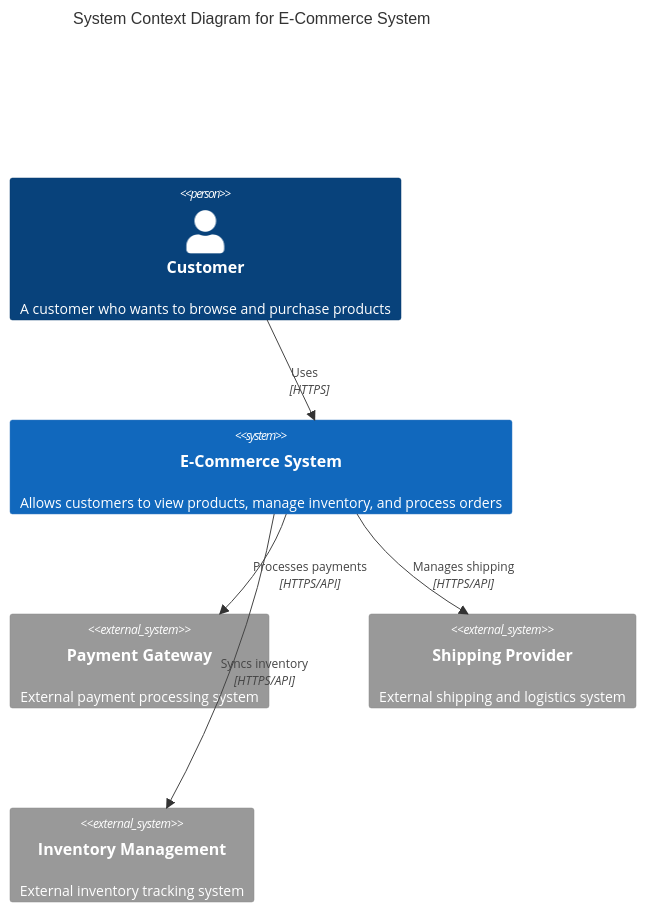
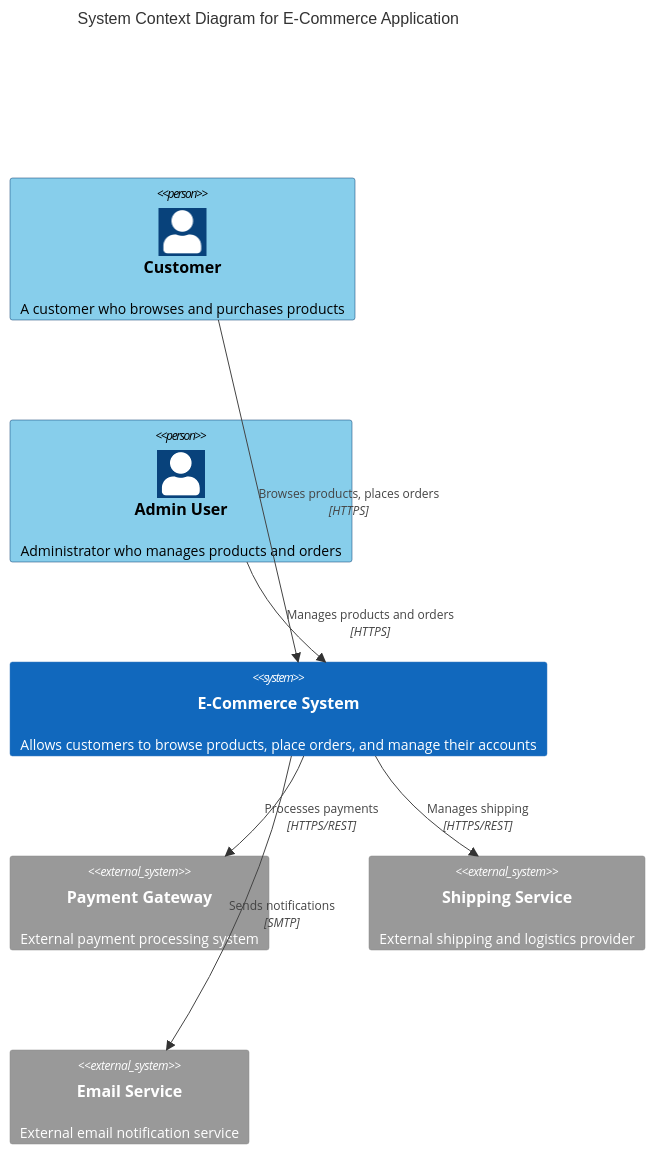
One commit to NavneetBN47/aava-ecom-demo changed the first of 2 diagrams in docs/HLD/hld.md. Above: the diagram before and after it, drawn with Mermaid. The commit also changed other lines of this file, not shown here.

````diff
--- a/docs/HLD/hld.md
+++ b/docs/HLD/hld.md
@@ -13,19 +15,23 @@
 ```mermaid
 C4Context
-    title System Context Diagram for E-Commerce System
+    title System Context Diagram for E-Commerce Application
     
-    Person(user, "Customer", "A customer who wants to browse and purchase products")
+    Person(customer, "Customer", "A customer who browses and purchases products")
+    Person(admin, "Admin User", "Administrator who manages products and orders")
     
-    System(ecommerce, "E-Commerce System", "Allows customers to view products, manage inventory, and process orders")
+    System(ecommerce, "E-Commerce System", "Allows customers to browse products, place orders, and manage their accounts")
     
     System_Ext(payment, "Payment Gateway", "External payment processing system")
-    System_Ext(shipping, "Shipping Provider", "External shipping and logistics system")
-    System_Ext(inventory, "Inventory Management", "External inventory tracking system")
+    System_Ext(shipping, "Shipping Service", "External shipping and logistics provider")
+    System_Ext(email, "Email Service", "External email notification service")
     
-    Rel(user, ecommerce, "Uses", "HTTPS")
-    Rel(ecommerce, payment, "Processes payments", "HTTPS/API")
-    Rel(ecommerce, shipping, "Manages shipping", "HTTPS/API")
-    Rel(ecommerce, inventory, "Syncs inventory", "HTTPS/API")
+    Rel(customer, ecommerce, "Browses products, places orders", "HTTPS")
+    Rel(admin, ecommerce, "Manages products and orders", "HTTPS")
+    Rel(ecommerce, payment, "Processes payments", "HTTPS/REST")
+    Rel(ecommerce, shipping, "Manages shipping", "HTTPS/REST")
+    Rel(ecommerce, email, "Sends notifications", "SMTP")
     
-    UpdateLayoutConfig($c4ShapeInRow="2", $c4BoundaryInRow="1")
+    UpdateElementStyle(customer, $fontColor="#000000", $bgColor="#87CEEB")
+    UpdateElementStyle(admin, $fontColor="#000000", $bgColor="#87CEEB")
+    UpdateElementStyle(ecommerce, $fontColor="#ffffff", $bgColor="#1168bd")
 ```
````
